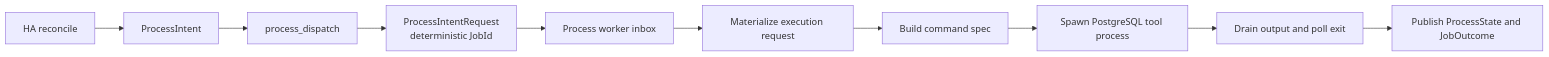
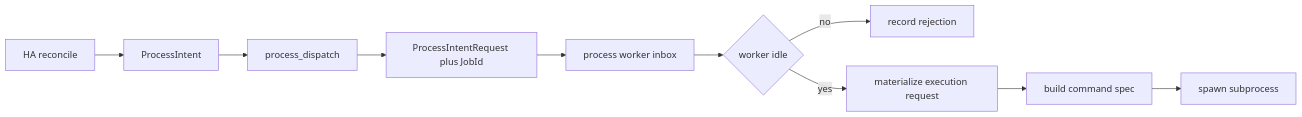
One commit to djosh34/pgtuskmaster_rust changed the third of 5 diagrams in docs/src/explanation/process-management.md. Above: the diagram before and after it, drawn with Mermaid. The commit also changed other lines of this file and 32 other files, not shown here.

````diff
--- a/docs/src/explanation/process-management.md
+++ b/docs/src/explanation/process-management.md
@@ -46,12 +66,12 @@
 ```mermaid
 flowchart LR
     A[HA reconcile] --> B[ProcessIntent]
     B --> C[process_dispatch]
-    C --> D[ProcessIntentRequest<br/>deterministic JobId]
-    D --> E[Process worker inbox]
-    E --> F[Materialize execution request]
-    F --> G[Build command spec]
-    G --> H[Spawn PostgreSQL tool process]
-    H --> I[Drain output and poll exit]
-    I --> J[Publish ProcessState and JobOutcome]
+    C --> D[ProcessIntentRequest plus JobId]
+    D --> E[process worker inbox]
+    E --> F{worker idle}
+    F -- no --> G[record rejection]
+    F -- yes --> H[materialize execution request]
+    H --> I[build command spec]
+    I --> J[spawn subprocess]
 ```
````
